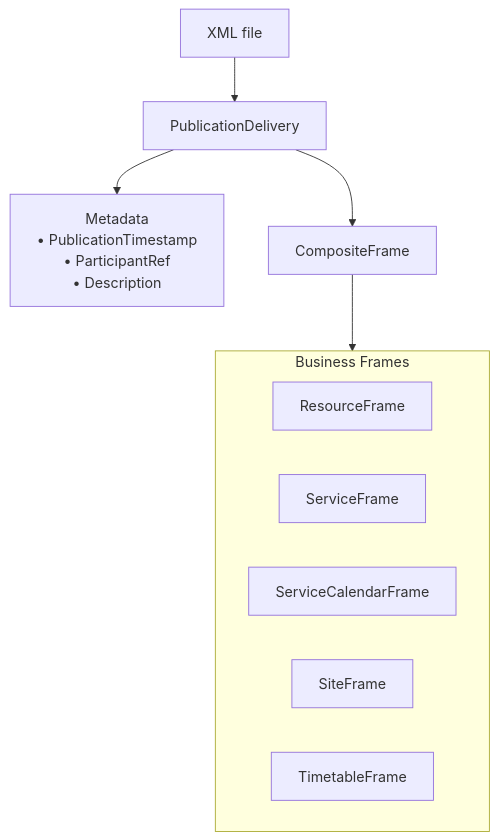
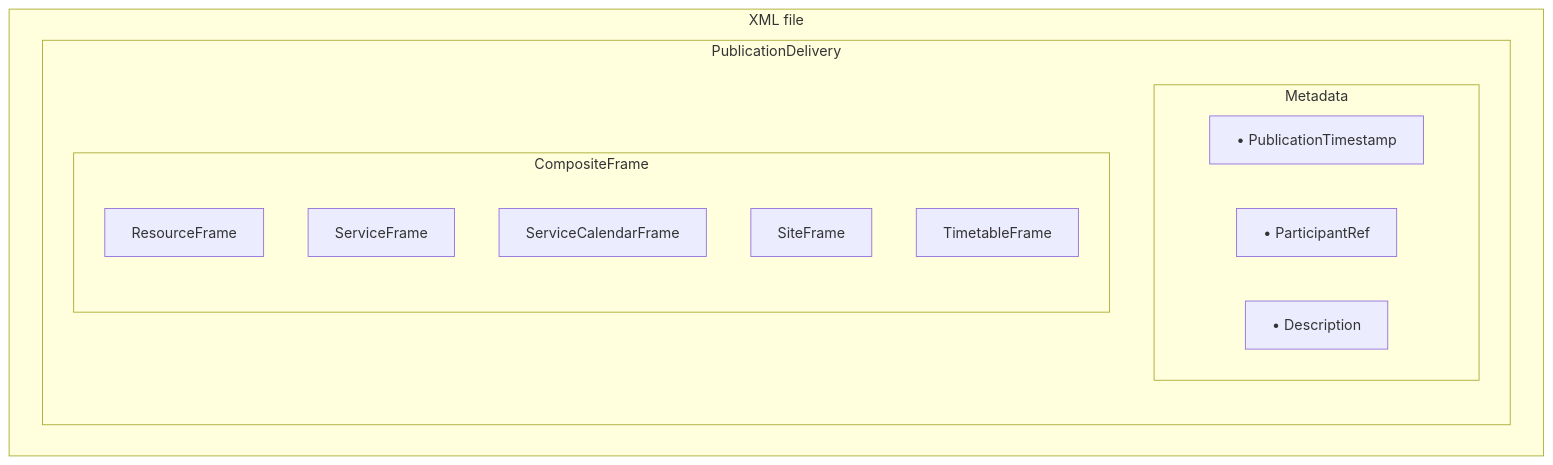
The first of 2 diagrams in documentation/03_data_organisation.md (sncfl/netex), drawn with Mermaid before and after one commit. The commit also changed other lines of this file and 17 other files, not shown here.

````diff
--- a/documentation/03_data_organisation.md
+++ b/documentation/03_data_organisation.md
@@ -33,20 +33,34 @@
 ```mermaid
 flowchart TD
-    FILE["XML file"]
 
-    FILE --> PD[PublicationDelivery]
+%% Grand cadre = fichier XML
+subgraph XML["XML file"]
 
-    PD --> META["Metadata<br/>• PublicationTimestamp<br/>• ParticipantRef<br/>• Description"]
+    %% PublicationDelivery
+    subgraph PD["PublicationDelivery"]
 
-    PD --> CF[CompositeFrame]
+        %% Metadata
+        subgraph META["Metadata"]
+            note1["• PublicationTimestamp"]
+            note2["• ParticipantRef"]
+            note3["• Description"]
+        end
 
-    subgraph FRAMES ["Business Frames"]
-        RF[ResourceFrame]
-        SF[ServiceFrame]
-        SCF[ServiceCalendarFrame]
-        SITEF[SiteFrame]
-        TT[TimetableFrame]
+        %% CompositeFrame
+        subgraph CF["CompositeFrame"]
+
+            %% Business Frames directement imbriquées
+            RF["ResourceFrame"]
+            SF["ServiceFrame"]
+            SCF["ServiceCalendarFrame"]
+            SITEF["SiteFrame"]
+            TT["TimetableFrame"]
+
+        end
+
     end
 
-    CF --> FRAMES
+end
+
+
 ```
````
